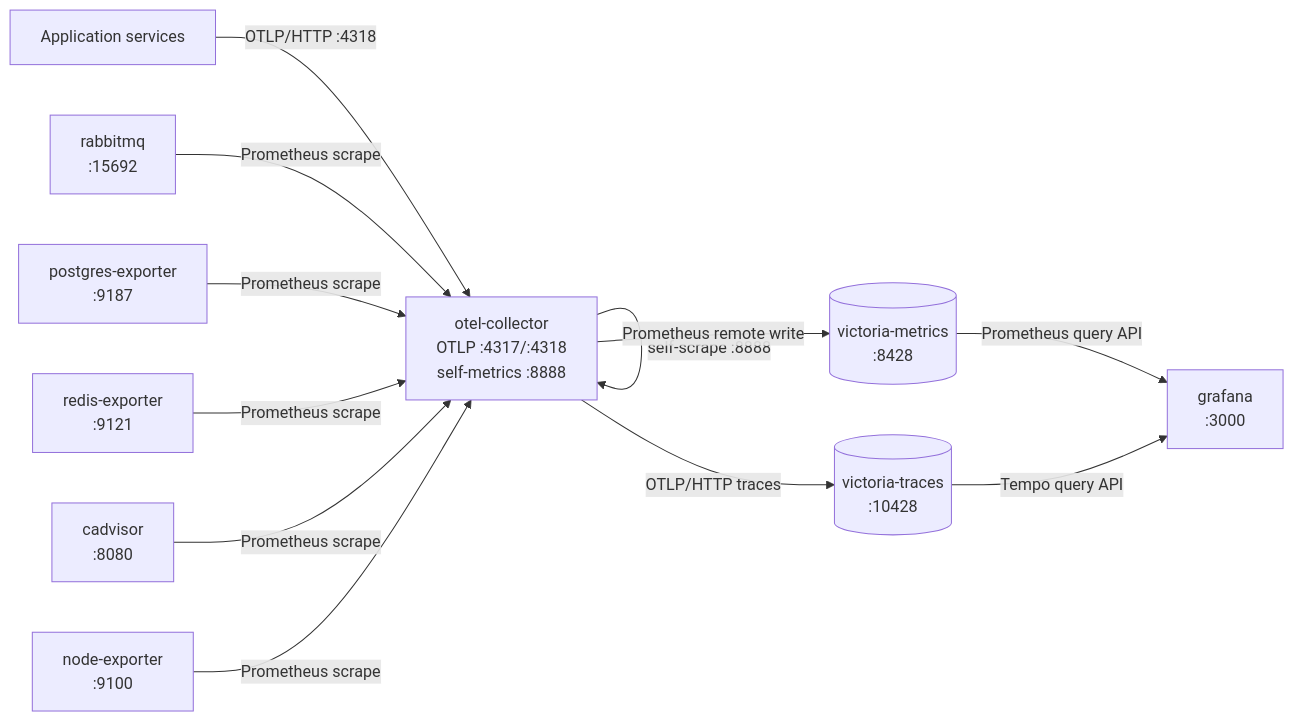
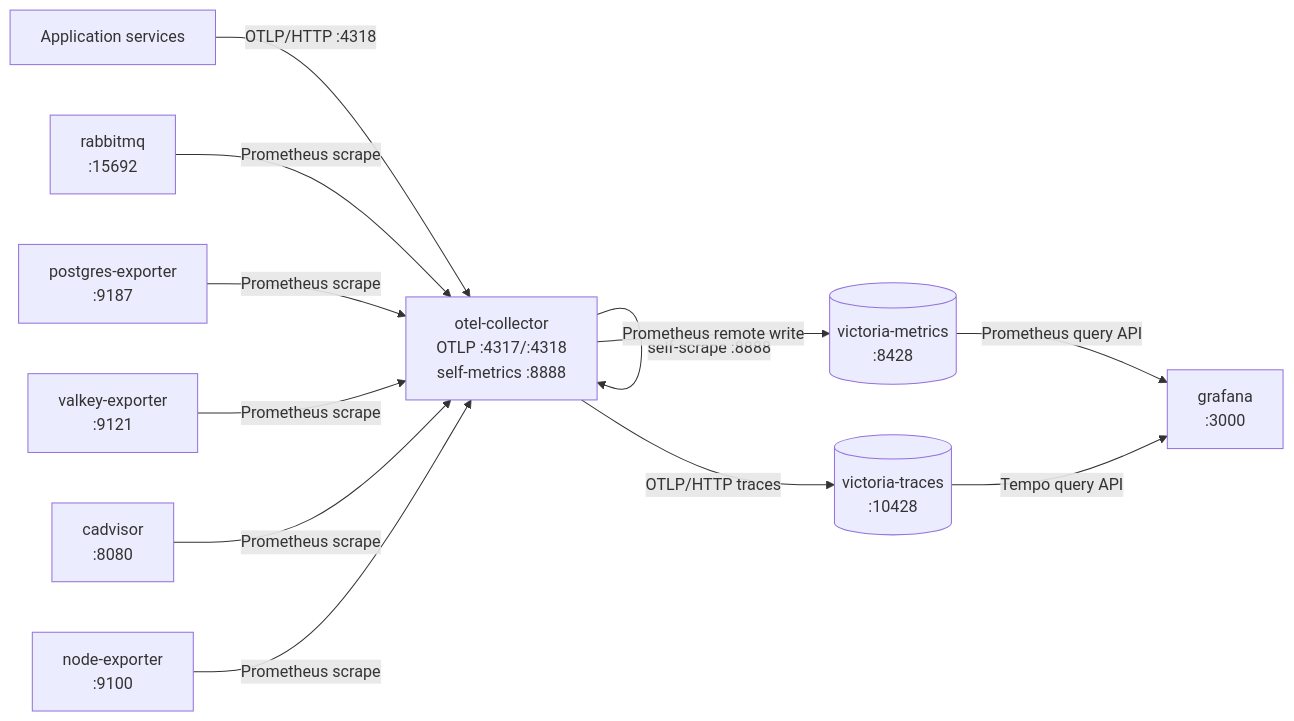
The first of 2 diagrams in docs/observability.md (groovemap-music/deployment), drawn with Mermaid before and after one commit. The commit also changed other lines of this file and 7 other files, not shown here.

First line of the commit message:
feat(observability): retarget the scrape job, dashboard, and alert at Valkey

````diff
--- a/docs/observability.md
+++ b/docs/observability.md
@@ -12,25 +12,25 @@
 ```mermaid
 flowchart LR
     APPS["Application services"]
     RMQ["rabbitmq<br/>:15692"]
     PGX["postgres-exporter<br/>:9187"]
-    REDISX["redis-exporter<br/>:9121"]
+    VALKEYX["valkey-exporter<br/>:9121"]
     CADVISOR["cadvisor<br/>:8080"]
     NODE["node-exporter<br/>:9100"]
     COLLECTOR["otel-collector<br/>OTLP :4317/:4318<br/>self-metrics :8888"]
     METRICS[("victoria-metrics<br/>:8428")]
     TRACES[("victoria-traces<br/>:10428")]
     GRAFANA["grafana<br/>:3000"]
 
     APPS -->|"OTLP/HTTP :4318"| COLLECTOR
     RMQ -->|"Prometheus scrape"| COLLECTOR
     PGX -->|"Prometheus scrape"| COLLECTOR
-    REDISX -->|"Prometheus scrape"| COLLECTOR
+    VALKEYX -->|"Prometheus scrape"| COLLECTOR
     CADVISOR -->|"Prometheus scrape"| COLLECTOR
     NODE -->|"Prometheus scrape"| COLLECTOR
     COLLECTOR -->|"self-scrape :8888"| COLLECTOR
     COLLECTOR -->|"Prometheus remote write"| METRICS
     COLLECTOR -->|"OTLP/HTTP traces"| TRACES
     METRICS -->|"Prometheus query API"| GRAFANA
     TRACES -->|"Tempo query API"| GRAFANA
 ```
````
